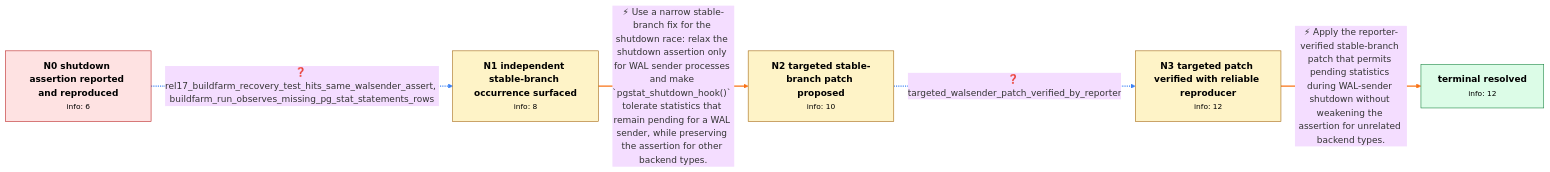
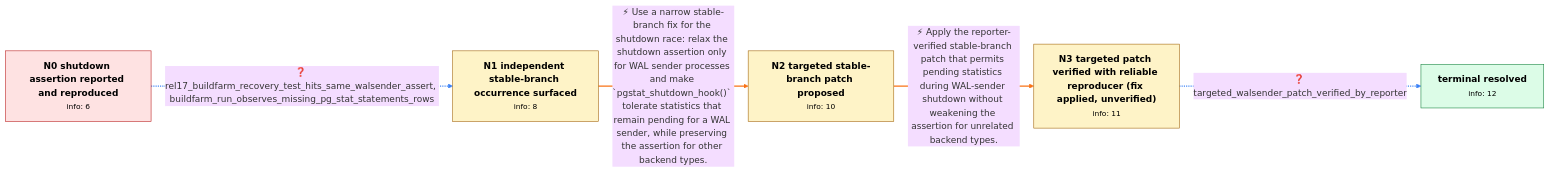
The diagram in data/pgsql_v0/review/pg_bug_18158.md (Chaoyi-He1/graph_bench), drawn with Mermaid (base theme) before and after one commit. The commit also changed other lines of this file and 72 other files, not shown here.

````diff
--- a/data/pgsql_v0/review/pg_bug_18158.md
+++ b/data/pgsql_v0/review/pg_bug_18158.md
@@ -10,24 +10,24 @@
 ```mermaid
 flowchart LR
     N0["<b>N0 shutdown assertion reported and reproduced</b><br/><small>info: 6</small>"]
     N1["<b>N1 independent stable-branch occurrence surfaced</b><br/><small>info: 8</small>"]
     N2["<b>N2 targeted stable-branch patch proposed</b><br/><small>info: 10</small>"]
-    N3["<b>N3 targeted patch verified with reliable reproducer</b><br/><small>info: 12</small>"]
+    N3["<b>N3 targeted patch verified with reliable reproducer (fix applied, unverified)</b><br/><small>info: 11</small>"]
     N_terminal["<b>terminal resolved</b><br/><small>info: 12</small>"]
     N0 -.->|"❓ rel17_buildfarm_recovery_test_hits_same_walsender_assert, buildfarm_run_observes_missing_pg_stat_statements_rows"| N1
     linkStyle 0 stroke:#3b82f6,stroke-width:2px
     N1 ==>|"⚡ Use a narrow stable-branch fix for the shutdown race: relax the shutdown assertion only for WAL sender processes and make `pgstat_shutdown_hook()` tolerate statistics that remain pending for a WAL sender, while preserving the assertion for other backend types."| N2
     linkStyle 1 stroke:#f97316,stroke-width:2px
-    N2 -.->|"❓ targeted_walsender_patch_verified_by_reporter"| N3
-    linkStyle 2 stroke:#3b82f6,stroke-width:2px
-    N3 ==>|"⚡ Apply the reporter-verified stable-branch patch that permits pending statistics during WAL-sender shutdown without weakening the assertion for unrelated backend types."| N_terminal
-    linkStyle 3 stroke:#f97316,stroke-width:2px
+    N2 ==>|"⚡ Apply the reporter-verified stable-branch patch that permits pending statistics during WAL-sender shutdown without weakening the assertion for unrelated backend types."| N3
+    linkStyle 2 stroke:#f97316,stroke-width:2px
+    N3 -.->|"❓ targeted_walsender_patch_verified_by_reporter"| N_terminal
+    linkStyle 3 stroke:#3b82f6,stroke-width:2px
     class N0 start
     class N1 normal
     class N2 normal
     class N3 normal
     class N_terminal terminal
     classDef start fill:#fee2e2,stroke:#b91c1c,color:#000
     classDef terminal fill:#dcfce7,stroke:#15803d,color:#000
     classDef normal fill:#fef3c7,stroke:#a16207,color:#000
 ```
````
